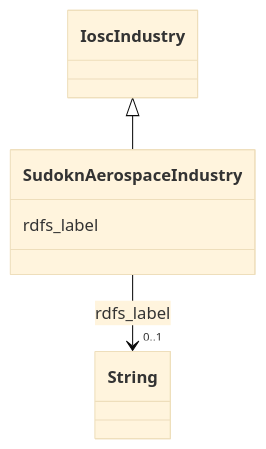
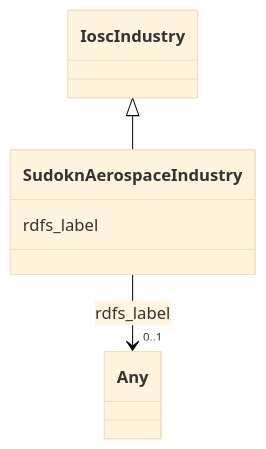
Before and after one commit to frink-okn/graph-descriptions: the diagram in sudokn-kg/classes/SudoknAerospaceIndustry.md, drawn with Mermaid (base theme). The commit also changed other lines of this file and 903 other files, not shown here.

````diff
--- a/sudokn-kg/classes/SudoknAerospaceIndustry.md
+++ b/sudokn-kg/classes/SudoknAerospaceIndustry.md
@@ -23,18 +18,18 @@
 ```mermaid
  classDiagram
     class SudoknAerospaceIndustry
     click SudoknAerospaceIndustry href "../SudoknAerospaceIndustry"
       IoscIndustry <|-- SudoknAerospaceIndustry
         click IoscIndustry href "../IoscIndustry"
       
       SudoknAerospaceIndustry : rdfs_label
         
           
     
     
-    SudoknAerospaceIndustry --> "0..1" String : rdfs_label
-    click String href "../String"
+    SudoknAerospaceIndustry --> "0..1" Any : rdfs_label
+    click Any href "../Any"
 
         
       
 ```
````
